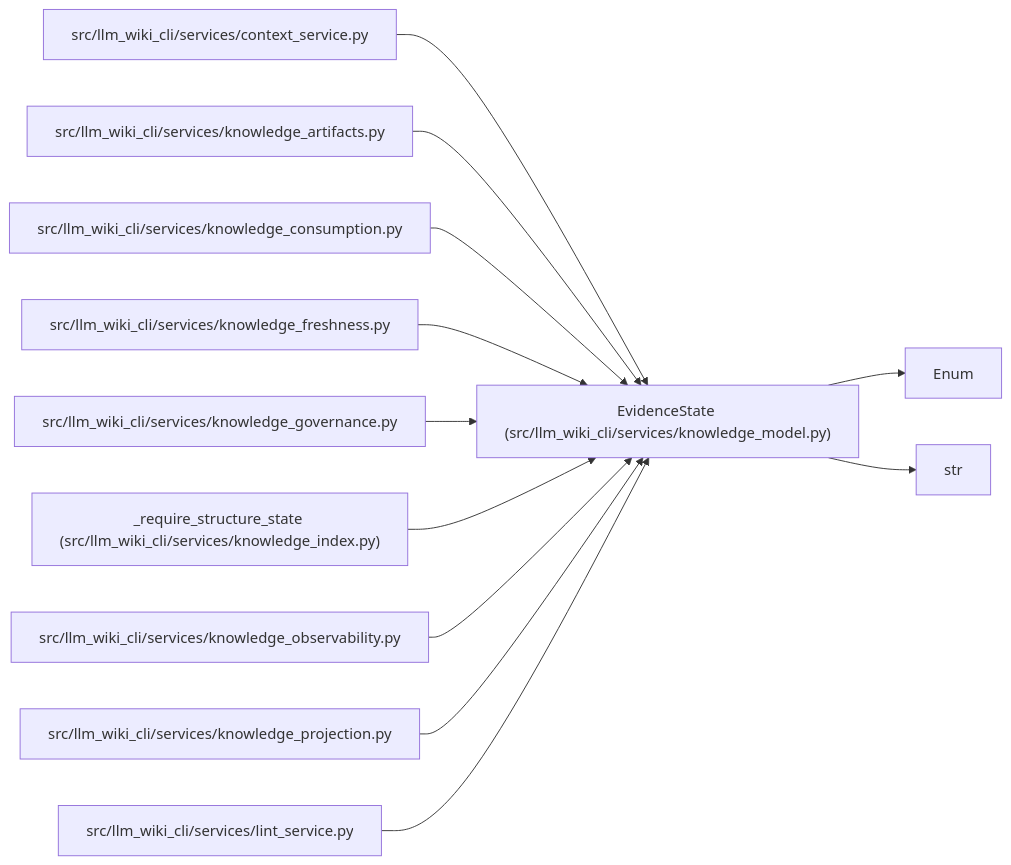
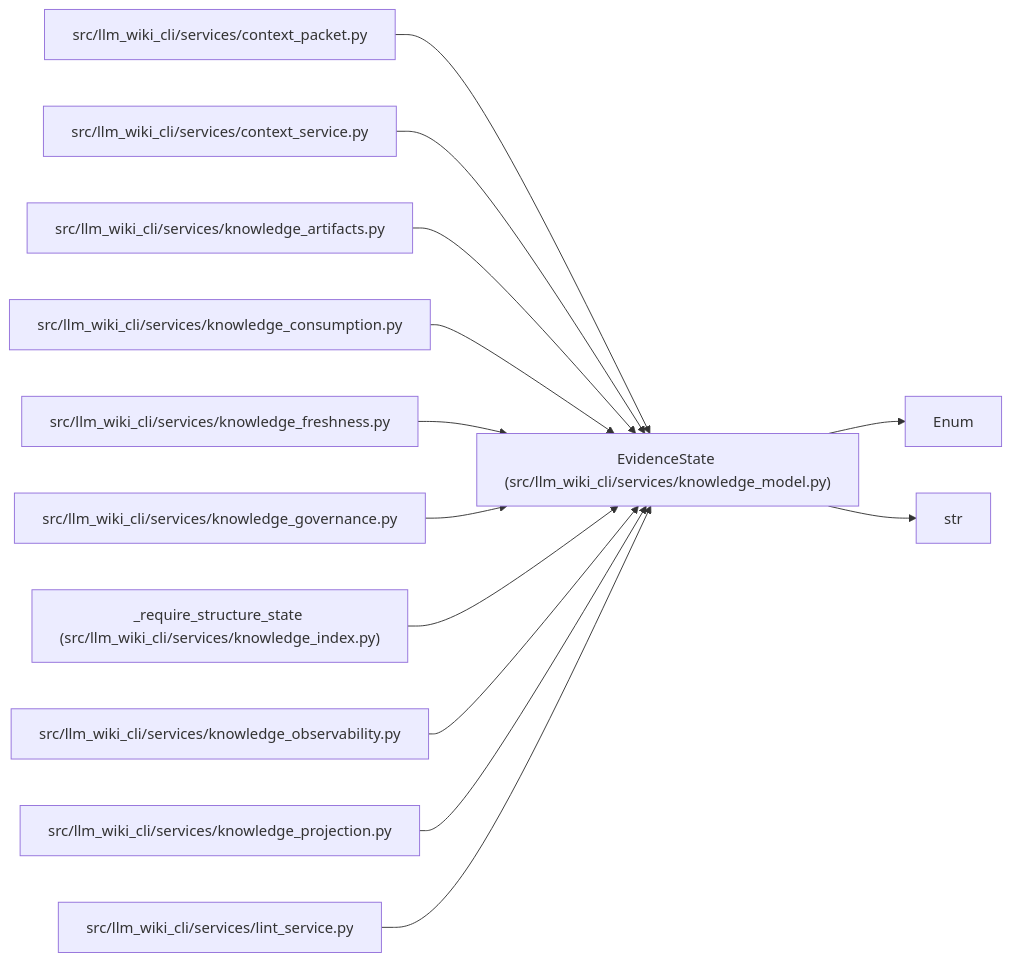
Before and after one commit to Denissvgn/python-wiki-llm: the diagram in docs/llm_wiki/entities/EvidenceState.md, drawn with Mermaid. The commit also changed other lines of this file and 364 other files, not shown here.

````diff
--- a/docs/llm_wiki/entities/EvidenceState.md
+++ b/docs/llm_wiki/entities/EvidenceState.md
@@ -29,36 +29,39 @@
 ```mermaid
 flowchart LR
     n0["EvidenceState (src/llm_wiki_cli/services/knowledge_model.py)"]
     n1["Enum"]
     n2["str"]
-    n3["src/llm_wiki_cli/services/context_service.py"]
-    n4["src/llm_wiki_cli/services/knowledge_artifacts.py"]
-    n5["src/llm_wiki_cli/services/knowledge_consumption.py"]
-    n6["src/llm_wiki_cli/services/knowledge_freshness.py"]
-    n7["src/llm_wiki_cli/services/knowledge_governance.py"]
-    n8["_require_structure_state (src/llm_wiki_cli/services/knowledge_index.py)"]
-    n9["src/llm_wiki_cli/services/knowledge_observability.py"]
-    n10["src/llm_wiki_cli/services/knowledge_projection.py"]
-    n11["src/llm_wiki_cli/services/lint_service.py"]
+    n3["src/llm_wiki_cli/services/context_packet.py"]
+    n4["src/llm_wiki_cli/services/context_service.py"]
+    n5["src/llm_wiki_cli/services/knowledge_artifacts.py"]
+    n6["src/llm_wiki_cli/services/knowledge_consumption.py"]
+    n7["src/llm_wiki_cli/services/knowledge_freshness.py"]
+    n8["src/llm_wiki_cli/services/knowledge_governance.py"]
+    n9["_require_structure_state (src/llm_wiki_cli/services/knowledge_index.py)"]
+    n10["src/llm_wiki_cli/services/knowledge_observability.py"]
+    n11["src/llm_wiki_cli/services/knowledge_projection.py"]
+    n12["src/llm_wiki_cli/services/lint_service.py"]
     n0 --> n1
     n0 --> n2
     n3 --> n0
     n4 --> n0
     n5 --> n0
     n6 --> n0
     n7 --> n0
     n8 --> n0
     n9 --> n0
     n10 --> n0
     n11 --> n0
+    n12 --> n0
     click n0 "../modules/knowledge_model.md"
-    click n3 "../modules/context_service.md"
-    click n4 "../modules/knowledge_artifacts.md"
-    click n5 "../modules/knowledge_consumption.md"
-    click n6 "../modules/knowledge_freshness.md"
-    click n7 "../modules/knowledge_governance.md"
-    click n8 "../modules/knowledge_index.md"
-    click n9 "../modules/knowledge_observability.md"
-    click n10 "../modules/knowledge_projection.md"
-    click n11 "../modules/lint_service.md"
+    click n3 "../modules/context_packet.md"
+    click n4 "../modules/context_service.md"
+    click n5 "../modules/knowledge_artifacts.md"
+    click n6 "../modules/knowledge_consumption.md"
+    click n7 "../modules/knowledge_freshness.md"
+    click n8 "../modules/knowledge_governance.md"
+    click n9 "../modules/knowledge_index.md"
+    click n10 "../modules/knowledge_observability.md"
+    click n11 "../modules/knowledge_projection.md"
+    click n12 "../modules/lint_service.md"
 ```
````
